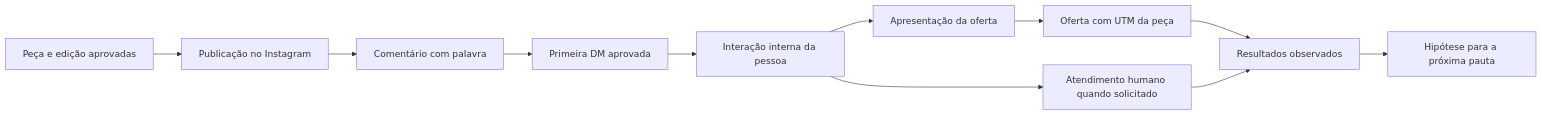
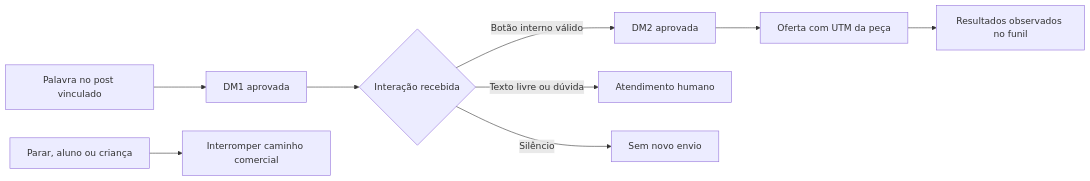
The diagram in docs/plans/2026-10-15-insta-p8-aproveitamento-marketing.md (informach/sistema-zero), drawn with Mermaid before and after one commit. The commit also changed other lines of this file and 92 other files, not shown here.

````diff
--- a/docs/plans/2026-10-15-insta-p8-aproveitamento-marketing.md
+++ b/docs/plans/2026-10-15-insta-p8-aproveitamento-marketing.md
@@ -35,13 +70,11 @@
 ```mermaid
 flowchart LR
-  A[Peça e edição aprovadas] --> B[Publicação no Instagram]
-  B --> C[Comentário com palavra]
-  C --> D[Primeira DM aprovada]
-  D --> E[Interação interna da pessoa]
-  E --> F[Apresentação da oferta]
-  F --> G[Oferta com UTM da peça]
-  E --> H[Atendimento humano quando solicitado]
-  G --> I[Resultados observados]
-  H --> I
-  I --> J[Hipótese para a próxima pauta]
+  A[Palavra no post vinculado] --> B[DM1 aprovada]
+  B --> C{Interação recebida}
+  C -->|Botão interno válido| D[DM2 aprovada]
+  D --> E[Oferta com UTM da peça]
+  C -->|Texto livre ou dúvida| F[Atendimento humano]
+  C -->|Silêncio| G[Sem novo envio]
+  H[Parar, aluno ou criança] --> I[Interromper caminho comercial]
+  E --> J[Resultados observados no funil]
 ```
````
